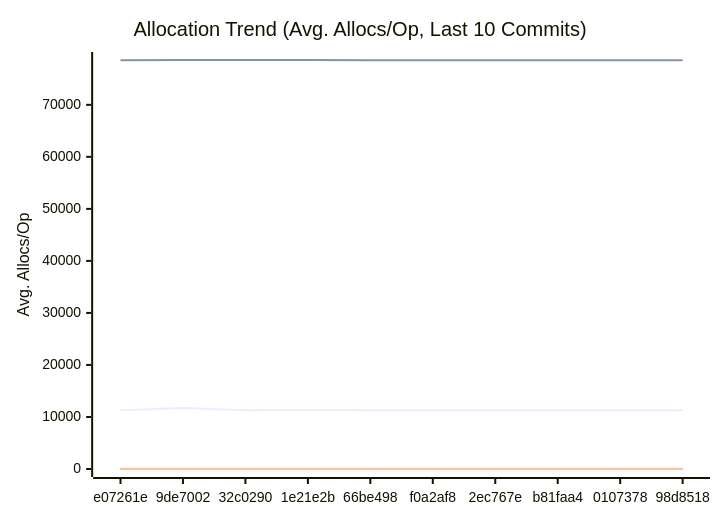
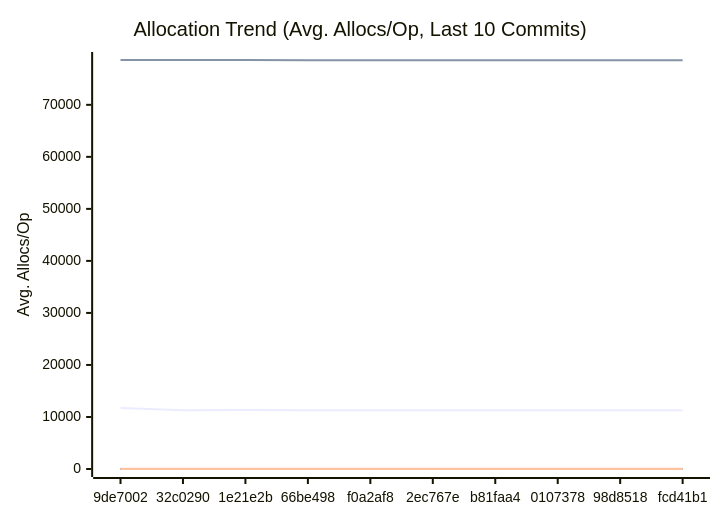
One commit to alsotoes/momo changed the third of 3 diagrams in docs/PERFORMANCE.md. Above: the diagram before and after it, drawn with Mermaid. The commit also changed other lines of this file and 2 other files, not shown here.

````diff
--- a/docs/PERFORMANCE.md
+++ b/docs/PERFORMANCE.md
@@ -197,20 +197,20 @@
 ```mermaid
 xychart-beta
     title "Allocation Trend (Avg. Allocs/Op, Last 10 Commits)"
     x-axis "Commit"
     y-axis "Avg. Allocs/Op"
-    x-axis [e07261e,9de7002,32c0290,1e21e2b,66be498,f0a2af8,2ec767e,b81faa4,0107378,98d8518]
-    line "AWSChunkedReaderSigned" [11316,11705,11290,11320,11284,11279,11295,11290,11295,11316]
-    line "AWSChunkedReaderUnsigned" [78590,78616,78594,78612,78570,78565,78569,78578,78577,78586]
+    x-axis [9de7002,32c0290,1e21e2b,66be498,f0a2af8,2ec767e,b81faa4,0107378,98d8518,fcd41b1]
+    line "AWSChunkedReaderSigned" [11705,11290,11320,11284,11279,11295,11290,11295,11316,11296]
+    line "AWSChunkedReaderUnsigned" [78616,78594,78612,78570,78565,78569,78578,78577,78586,78573]
     line "CheckMetricsAndSwap" [0,0,0,0,0,0,0,0,0,0]
     line "CrushOptimized" [0,0,0,0,0,0,0,0,0,0]
     line "CrushOriginal" [3,3,3,3,3,3,3,3,3,3]
     line "IndexDirectTracking" [0,0,0,0,0,0,0,0,0,0]
     line "IndexSearch" [0,0,0,0,0,0,0,0,0,0]
     line "LoadGlobalConfig" [46,46,46,46,46,46,46,46,46,46]
     line "PadString" [1,1,1,1,1,1,1,1,1,1]
     line "ParseReplicationOrder_NoPrealloc" [6,6,6,6,6,5,5,5,5,5]
     line "ParseReplicationOrder_Prealloc" [2,2,2,2,2,1,1,1,1,1]
     line "SanitizeLog/Safe" [0,0,0,0,0,0,0,0,0,0]
     line "SanitizeLog/Unsafe" [1,1,1,1,1,1,1,1,1,1]
 ```
````
